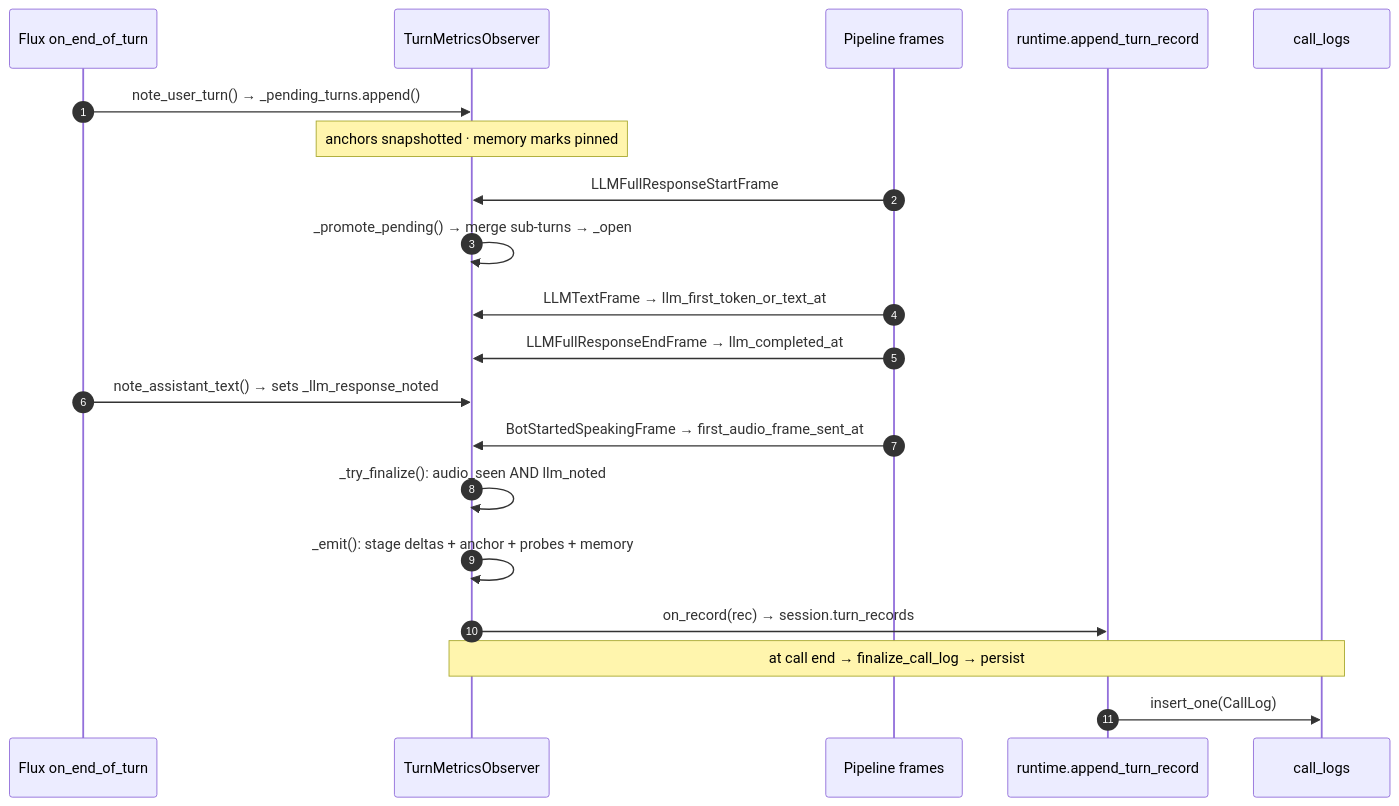
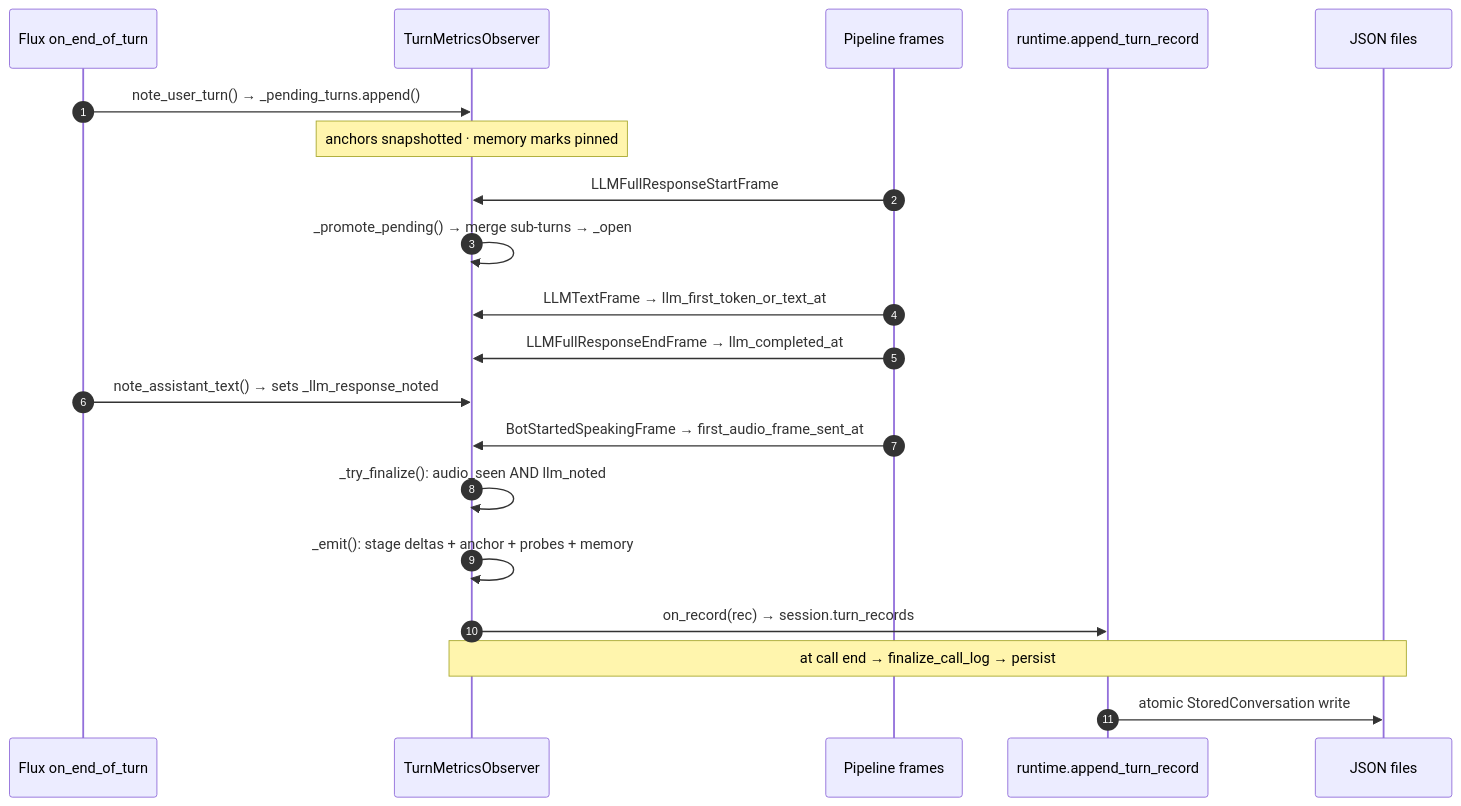
One commit to ojas-ba/Course-Project---Voxlane changed the first of 3 diagrams in docs/METRICS.md. Above: the diagram before and after it, drawn with Mermaid. The commit also changed other lines of this file and 62 other files, not shown here.

````diff
--- a/docs/METRICS.md
+++ b/docs/METRICS.md
@@ -37,22 +37,22 @@
 ```mermaid
 sequenceDiagram
     autonumber
     participant Flux as Flux on_end_of_turn
     participant Obs as TurnMetricsObserver
     participant Frames as Pipeline frames
     participant RT as runtime.append_turn_record
-    participant Mongo as call_logs
+    participant Files as JSON files
     Flux->>Obs: note_user_turn() → _pending_turns.append()
     Note over Obs: anchors snapshotted · memory marks pinned
     Frames->>Obs: LLMFullResponseStartFrame
     Obs->>Obs: _promote_pending() → merge sub-turns → _open
     Frames->>Obs: LLMTextFrame → llm_first_token_or_text_at
     Frames->>Obs: LLMFullResponseEndFrame → llm_completed_at
     Flux->>Obs: note_assistant_text() → sets _llm_response_noted
     Frames->>Obs: BotStartedSpeakingFrame → first_audio_frame_sent_at
     Obs->>Obs: _try_finalize(): audio_seen AND llm_noted
     Obs->>Obs: _emit(): stage deltas + anchor + probes + memory
     Obs->>RT: on_record(rec) → session.turn_records
-    Note over Obs,Mongo: at call end → finalize_call_log → persist
-    RT->>Mongo: insert_one(CallLog)
+    Note over Obs,Files: at call end → finalize_call_log → persist
+    RT->>Files: atomic StoredConversation write
 ```
````
